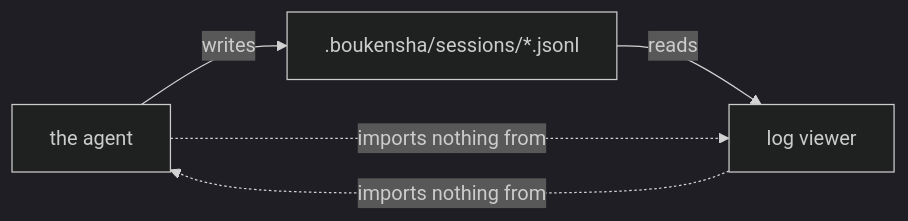
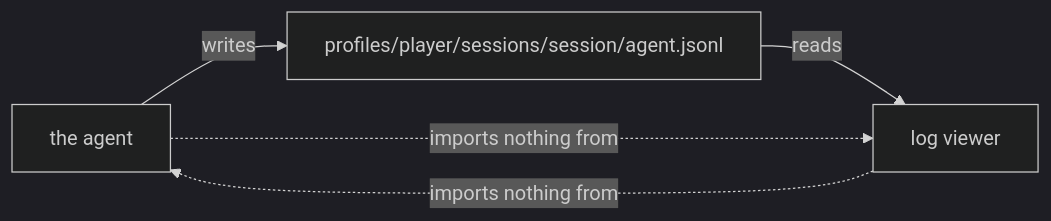
The diagram in week2_capable/log_viewer/README.md (IbnouT/claude-code-camp-2026-Q2), drawn with Mermaid (dark theme) before and after one commit. The commit also changed other lines of this file and 26 other files, not shown here.

Commit message:
Add multi-player session isolation

````diff
--- a/week2_capable/log_viewer/README.md
+++ b/week2_capable/log_viewer/README.md
@@ -22,7 +22,7 @@
 ```mermaid
 flowchart LR
-    A[the agent] -->|writes| F[".boukensha/sessions/*.jsonl"]
+    A[the agent] -->|writes| F["profiles/player/sessions/session/agent.jsonl"]
     F -->|reads| V[log viewer]
     A -.->|imports nothing from| V
     V -.->|imports nothing from| A
 ```
````
